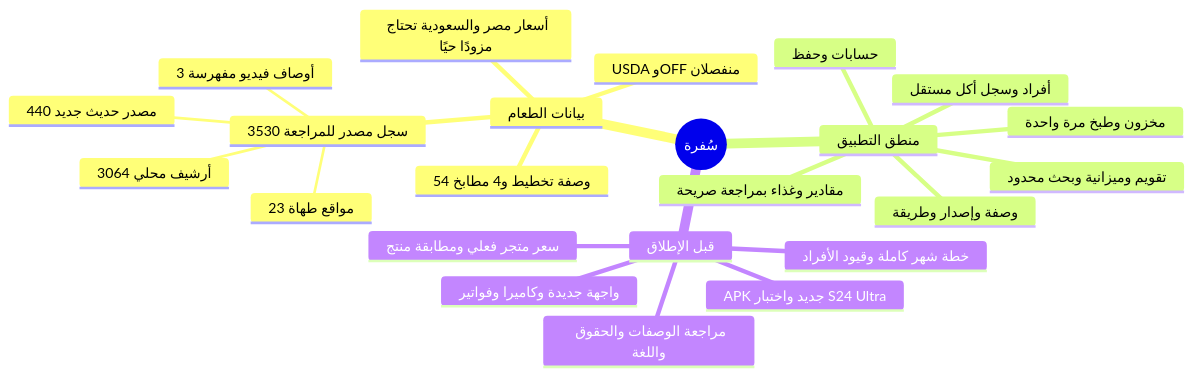
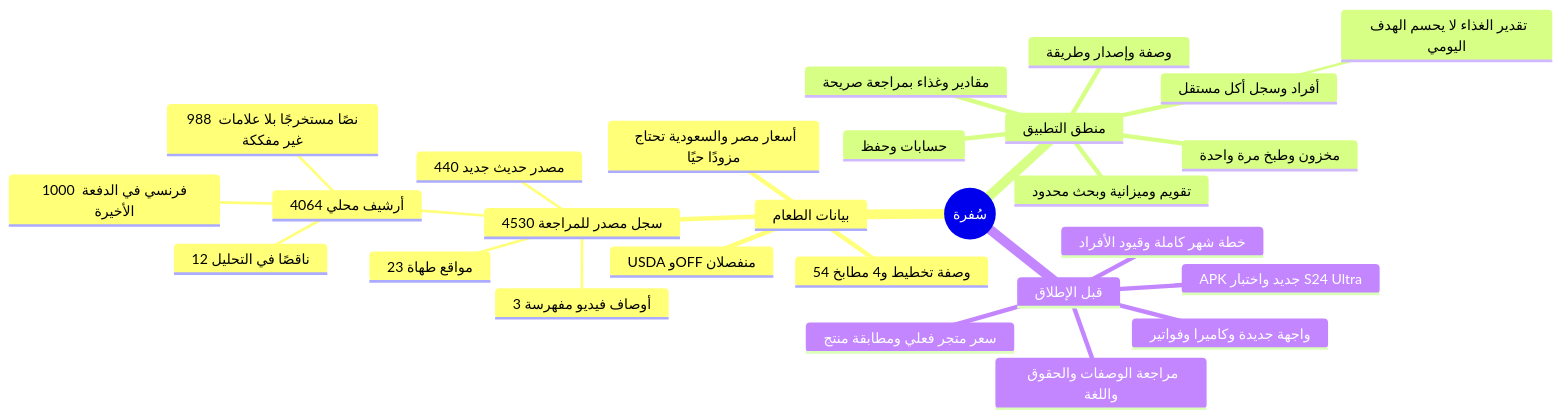
One commit to mohussamarch/sofra-flutter changed the diagram in docs/PROGRAM-STATUS-20261016.md. Above: the diagram before and after it, drawn with Mermaid. The commit also changed other lines of this file and 1024 other files, not shown here.

````diff
--- a/docs/PROGRAM-STATUS-20261016.md
+++ b/docs/PROGRAM-STATUS-20261016.md
@@ -19,26 +19,30 @@
 ```mermaid
 mindmap
   root((سُفرة))
     بيانات الطعام
       54 وصفة تخطيط و4 مطابخ
-      3530 سجل مصدر للمراجعة
-        3064 أرشيف محلي
+      4530 سجل مصدر للمراجعة
+        4064 أرشيف محلي
+          1000 فرنسي في الدفعة الأخيرة
+          988 نصًا مستخرجًا بلا علامات غير مفككة
+          12 ناقصًا في التحليل
         440 مصدر حديث جديد
         23 مواقع طهاة
         3 أوصاف فيديو مفهرسة
       USDA وOFF منفصلان
       أسعار مصر والسعودية تحتاج مزودًا حيًا
     منطق التطبيق
       حسابات وحفظ
       وصفة وإصدار وطريقة
       مقادير وغذاء بمراجعة صريحة
       مخزون وطبخ مرة واحدة
       أفراد وسجل أكل مستقل
+        تقدير الغذاء لا يحسم الهدف اليومي
       تقويم وميزانية وبحث محدود
     قبل الإطلاق
       مراجعة الوصفات والحقوق واللغة
       خطة شهر كاملة وقيود الأفراد
       سعر متجر فعلي ومطابقة منتج
       واجهة جديدة وكاميرا وفواتير
       APK جديد واختبار S24 Ultra
 ```
````
